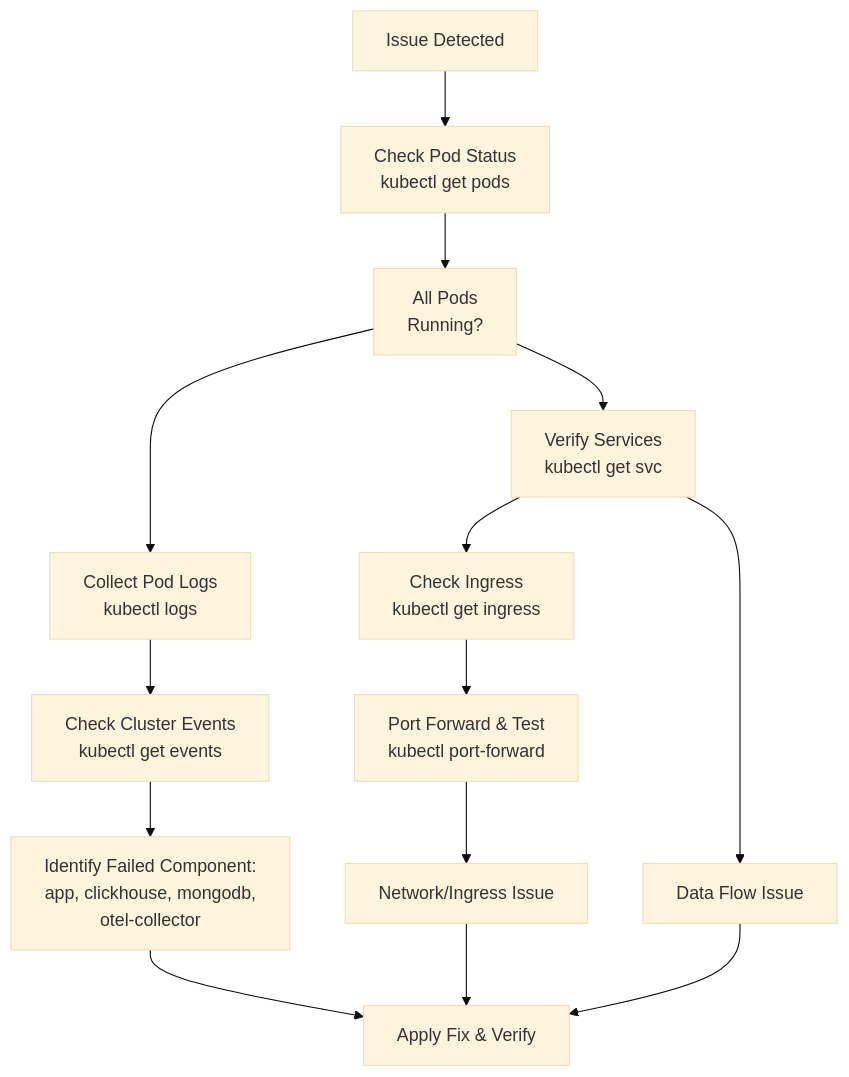
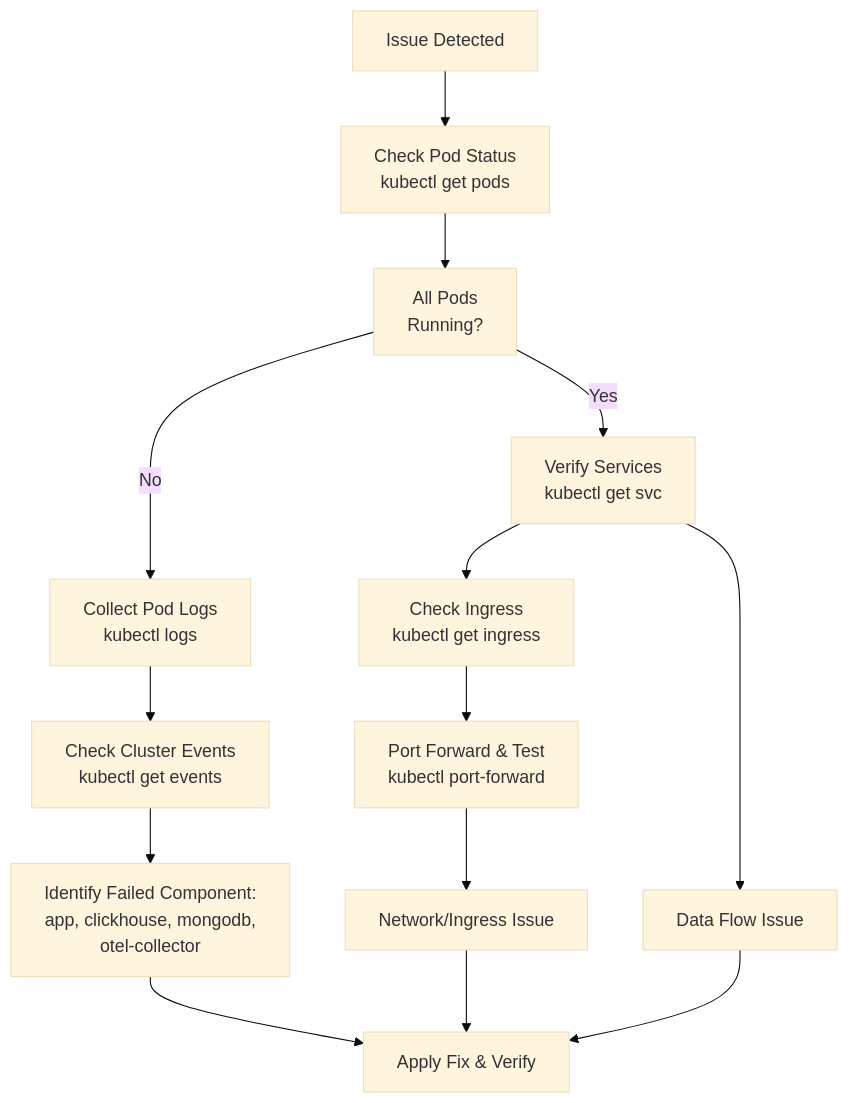
Before and after one commit to openchoreo/openchoreo: the first of 7 diagrams in docs/hyperdxio-helm-charts-docs/Troubleshooting.md, drawn with Mermaid (base theme). The commit also changed other lines of this file and 85 other files, not shown here.

Commit message:
feat: Add new workflow and specification templates, update Helm chart dependencies, and clarify documentation diagrams.

````diff
--- a/docs/hyperdxio-helm-charts-docs/Troubleshooting.md
+++ b/docs/hyperdxio-helm-charts-docs/Troubleshooting.md
@@ -17,30 +17,30 @@
 ```mermaid
 flowchart TD
 
 Start["Issue Detected"]
 CheckPods["Check Pod Status<br>kubectl get pods"]
 PodsRunning["All Pods<br>Running?"]
 CheckLogs["Collect Pod Logs<br>kubectl logs"]
 CheckEvents["Check Cluster Events<br>kubectl get events"]
 CheckServices["Verify Services<br>kubectl get svc"]
 CheckIngress["Check Ingress<br>kubectl get ingress"]
 TestConnectivity["Port Forward & Test<br>kubectl port-forward"]
 ComponentIssue["Identify Failed Component:<br>app, clickhouse, mongodb,<br>otel-collector"]
 NetworkIssue["Network/Ingress Issue"]
 DataIssue["Data Flow Issue"]
 Resolution["Apply Fix & Verify"]
 
 Start --> CheckPods
 CheckPods --> PodsRunning
-PodsRunning --> CheckLogs
-PodsRunning --> CheckServices
+PodsRunning -->|"No"| CheckLogs
+PodsRunning -->|"Yes"| CheckServices
 CheckLogs --> CheckEvents
 CheckEvents --> ComponentIssue
 CheckServices --> CheckIngress
 CheckIngress --> TestConnectivity
 TestConnectivity --> NetworkIssue
 CheckServices --> DataIssue
 ComponentIssue --> Resolution
 NetworkIssue --> Resolution
 DataIssue --> Resolution
 ```
````
